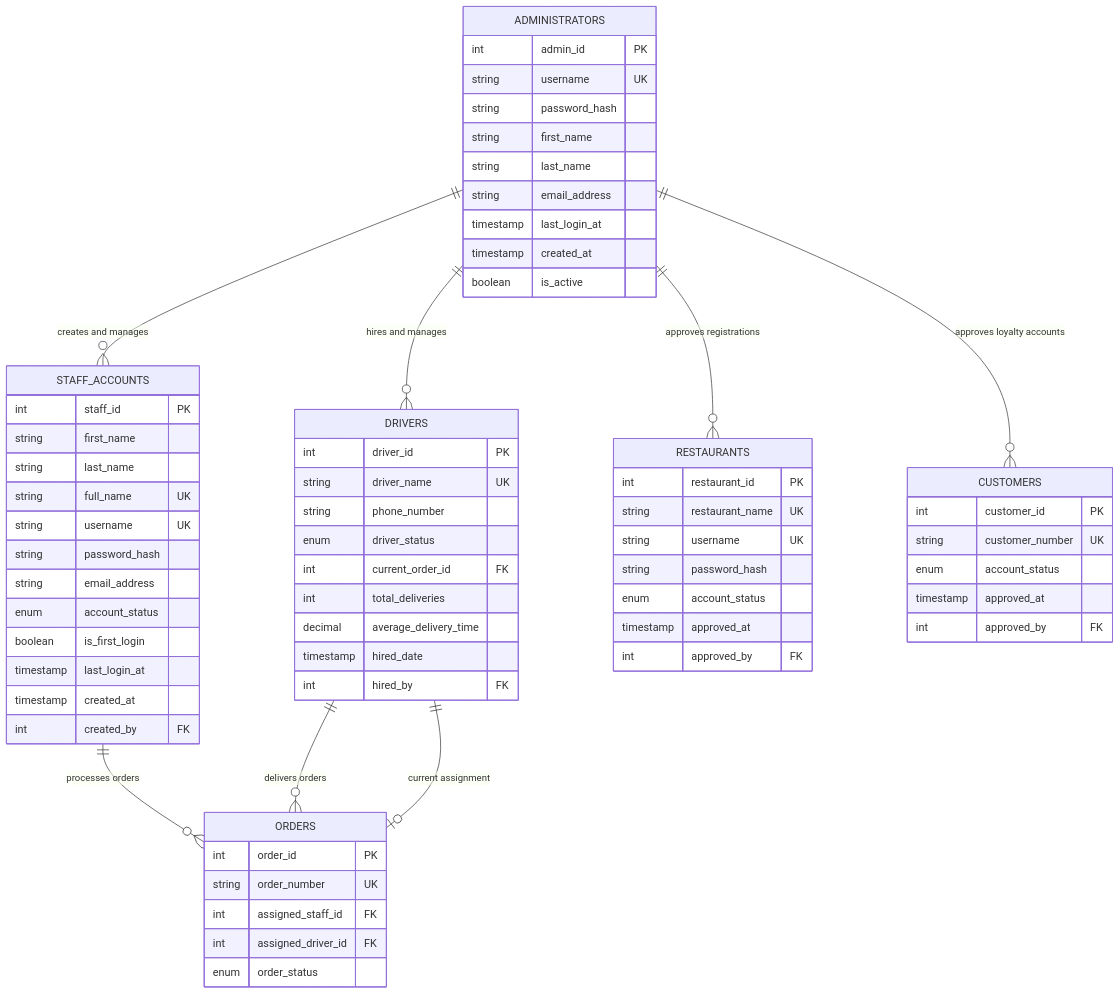
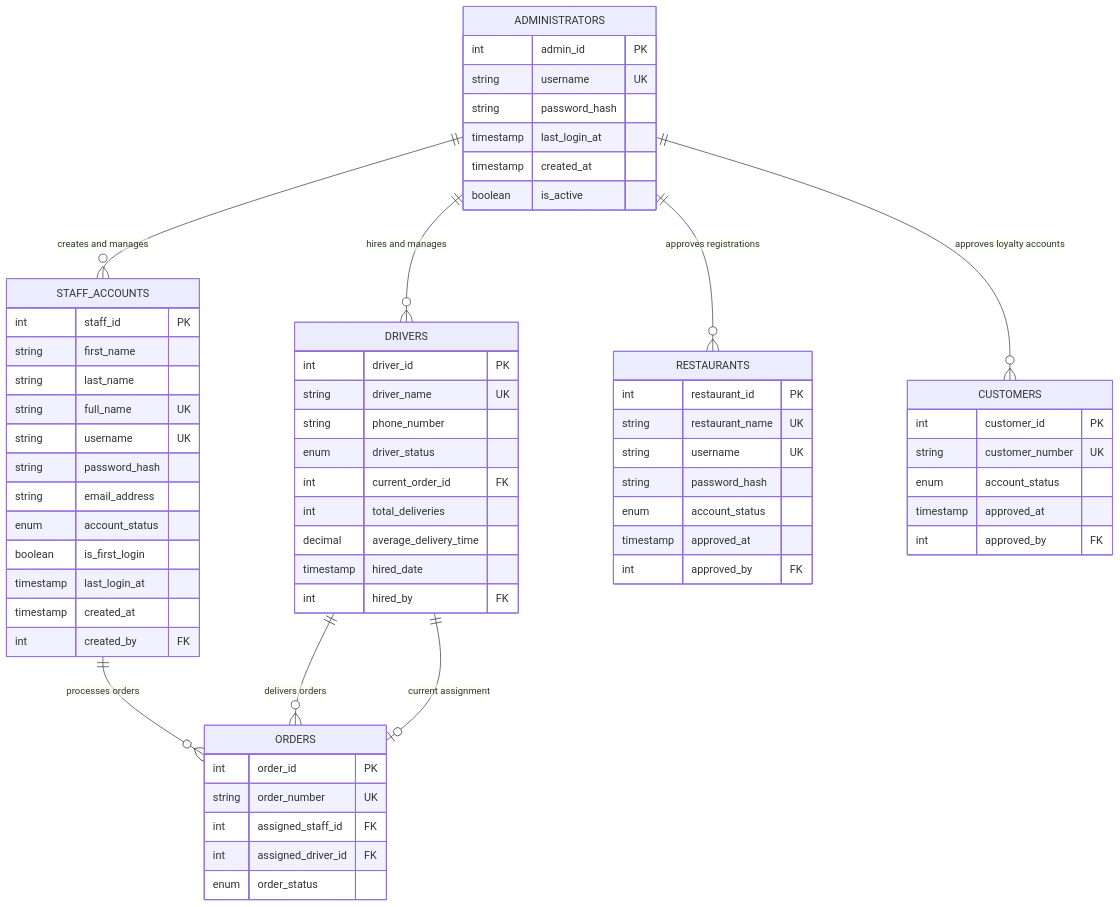
Before and after one commit to kassi-bertrand/frontdash: the second of 4 diagrams in docs/frontdash-database-design.md, drawn with Mermaid. The commit also changed other lines of this file, not shown here.

````diff
--- a/docs/frontdash-database-design.md
+++ b/docs/frontdash-database-design.md
@@ -625,78 +636,73 @@
 ```mermaid
 erDiagram
     ADMINISTRATORS {
         int admin_id PK
         string username UK
         string password_hash
-        string first_name
-        string last_name
-        string email_address
         timestamp last_login_at
         timestamp created_at
         boolean is_active
     }
     
     STAFF_ACCOUNTS {
         int staff_id PK
         string first_name
         string last_name
         string full_name UK
         string username UK
         string password_hash
         string email_address
         enum account_status
         boolean is_first_login
         timestamp last_login_at
         timestamp created_at
         int created_by FK
     }
     
     DRIVERS {
         int driver_id PK
         string driver_name UK
         string phone_number
         enum driver_status
         int current_order_id FK
         int total_deliveries
         decimal average_delivery_time
         timestamp hired_date
         int hired_by FK
     }
     
     RESTAURANTS {
         int restaurant_id PK
         string restaurant_name UK
         string username UK
         string password_hash
         enum account_status
         timestamp approved_at
         int approved_by FK
     }
     
     CUSTOMERS {
         int customer_id PK
         string customer_number UK
         enum account_status
         timestamp approved_at
         int approved_by FK
     }
     
     ORDERS {
         int order_id PK
         string order_number UK
         int assigned_staff_id FK
         int assigned_driver_id FK
         enum order_status
     }
     
-    %% Administrative Relationships
     ADMINISTRATORS ||--o{ STAFF_ACCOUNTS : "creates and manages"
     ADMINISTRATORS ||--o{ DRIVERS : "hires and manages"
     ADMINISTRATORS ||--o{ RESTAURANTS : "approves registrations"
     ADMINISTRATORS ||--o{ CUSTOMERS : "approves loyalty accounts"
     
-    %% Operational Relationships
     STAFF_ACCOUNTS ||--o{ ORDERS : "processes orders"
     DRIVERS ||--o{ ORDERS : "delivers orders"
     DRIVERS ||--o| ORDERS : "current assignment"
 ```
````
